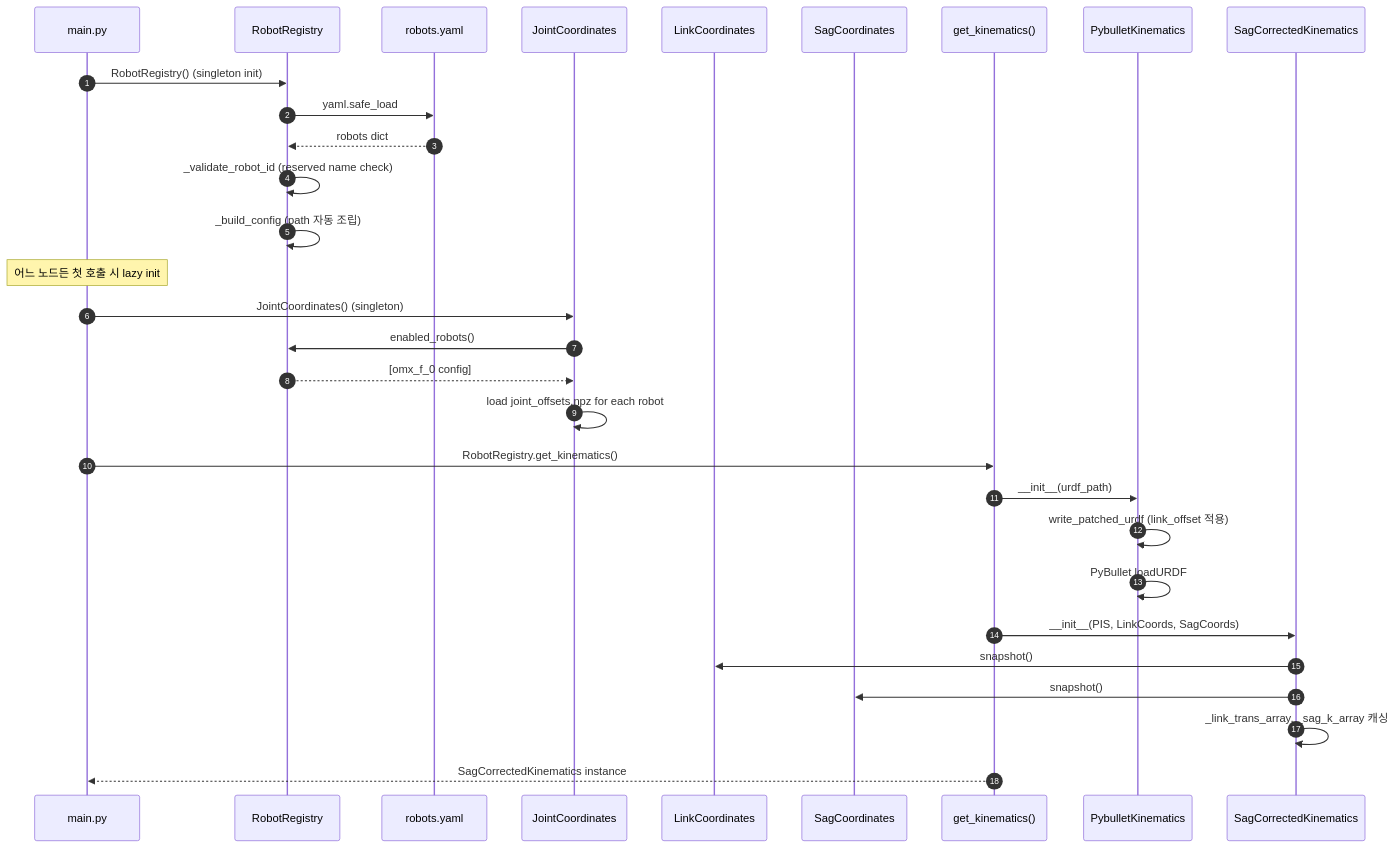
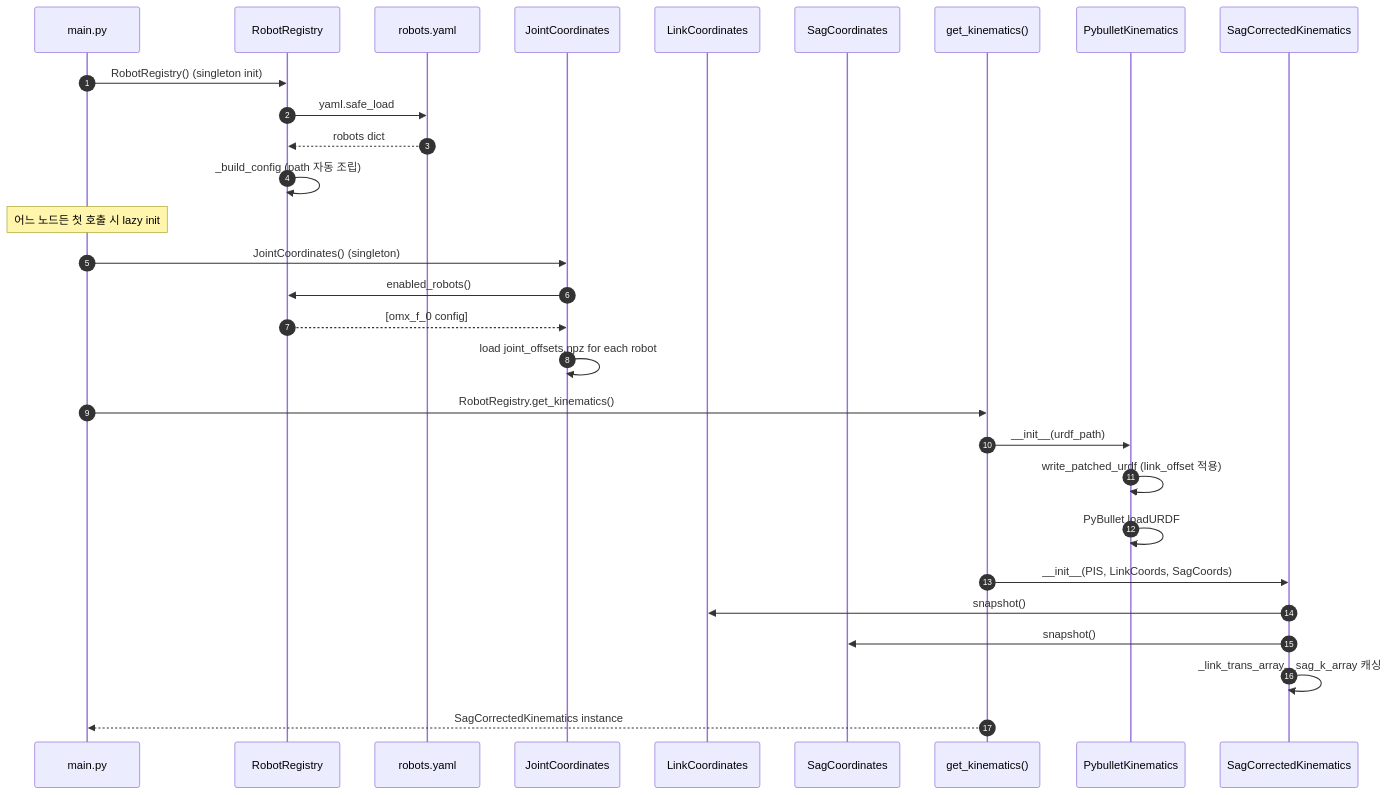
Before and after one commit to zzingobomi/horibot: the eighth of 10 diagrams in docs/multi_robot_walkthrough.md, drawn with Mermaid. The commit also changed other lines of this file and 38 other files, not shown here.

````diff
--- a/docs/multi_robot_walkthrough.md
+++ b/docs/multi_robot_walkthrough.md
@@ -367,36 +363,35 @@
 ```mermaid
 sequenceDiagram
     autonumber
     participant Main as main.py
     participant Reg as RobotRegistry
     participant YAML as robots.yaml
     participant JC as JointCoordinates
     participant LC as LinkCoordinates
     participant SC as SagCoordinates
     participant Solver as get_kinematics()
     participant PIS as PybulletKinematics
     participant CIS as SagCorrectedKinematics
 
     Main->>Reg: RobotRegistry() (singleton init)
     Reg->>YAML: yaml.safe_load
     YAML-->>Reg: robots dict
-    Reg->>Reg: _validate_robot_id (reserved name check)
     Reg->>Reg: _build_config (path 자동 조립)
 
     Note over Main: 어느 노드든 첫 호출 시 lazy init
 
     Main->>JC: JointCoordinates() (singleton)
     JC->>Reg: enabled_robots()
     Reg-->>JC: [omx_f_0 config]
     JC->>JC: load joint_offsets.npz for each robot
 
     Main->>Solver: RobotRegistry.get_kinematics()
     Solver->>PIS: __init__(urdf_path)
     PIS->>PIS: write_patched_urdf (link_offset 적용)
     PIS->>PIS: PyBullet loadURDF
     Solver->>CIS: __init__(PIS, LinkCoords, SagCoords)
     CIS->>LC: snapshot()
     CIS->>SC: snapshot()
     CIS->>CIS: _link_trans_array, _sag_k_array 캐싱
     Solver-->>Main: SagCorrectedKinematics instance
 ```
````
